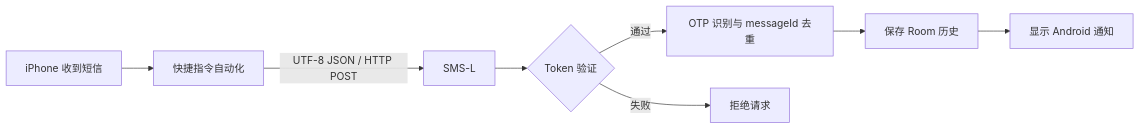
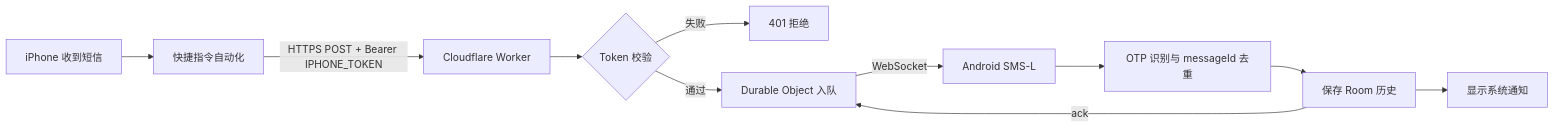
One commit to 2112man/SMS-L changed the diagram in README.md. Above: the diagram before and after it, drawn with Mermaid. The commit also changed other lines of this file and 22 other files, not shown here.

First line of the commit message:
Add Cloudflare WebSocket relay mode (v1.4.0)

````diff
--- a/README.md
+++ b/README.md
@@ -26,10 +31,13 @@
 ```mermaid
 flowchart LR
     A[iPhone 收到短信] --> B[快捷指令自动化]
-    B -->|UTF-8 JSON / HTTP POST| C[SMS-L]
-    C --> D{Token 验证}
-    D -->|通过| E[OTP 识别与 messageId 去重]
-    D -->|失败| F[拒绝请求]
-    E --> G[保存 Room 历史]
-    G --> H[显示 Android 通知]
+    B -->|HTTPS POST + Bearer IPHONE_TOKEN| C[Cloudflare Worker]
+    C --> D{Token 校验}
+    D -->|失败| E[401 拒绝]
+    D -->|通过| F[Durable Object 入队]
+    F -->|WebSocket| G[Android SMS-L]
+    G --> H[OTP 识别与 messageId 去重]
+    H --> I[保存 Room 历史]
+    I --> J[显示系统通知]
+    I -->|ack| F
 ```
````
